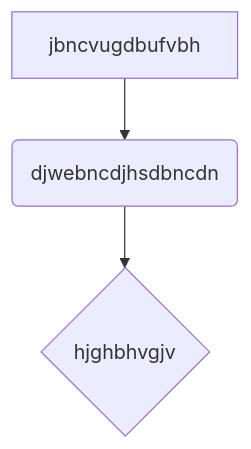
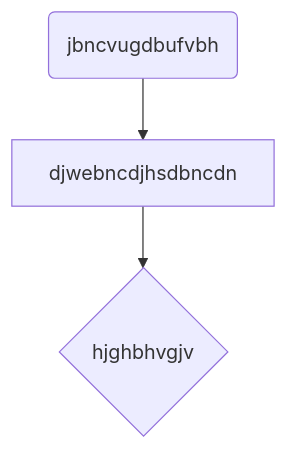
One commit to samesthumain/sac-de-sable changed the diagram in README.md. Above: the diagram before and after it, drawn with Mermaid.

````diff
--- a/README.md
+++ b/README.md
@@ -5,7 +5,7 @@
 ```mermaid
 flowchart TD
-    A[jbncvugdbufvbh] --> B(djwebncdjhsdbncdn)
+    A(jbncvugdbufvbh) --> B[djwebncdjhsdbncdn]
     B --> C{hjghbhvgjv}
 
 
 ```
````
